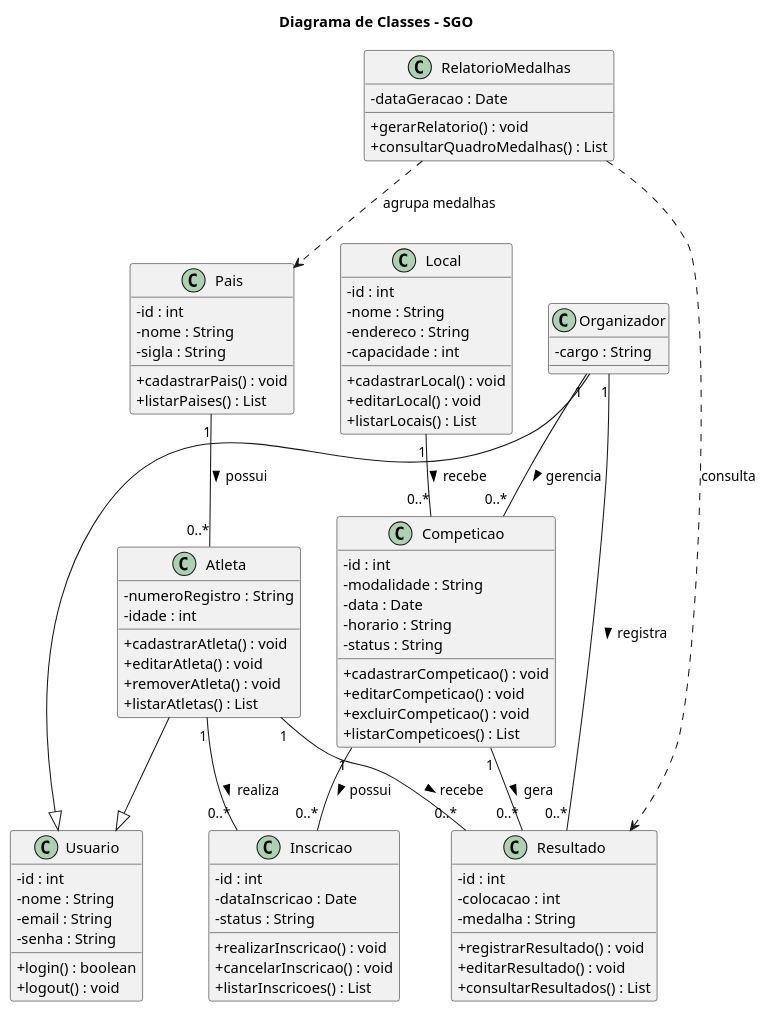
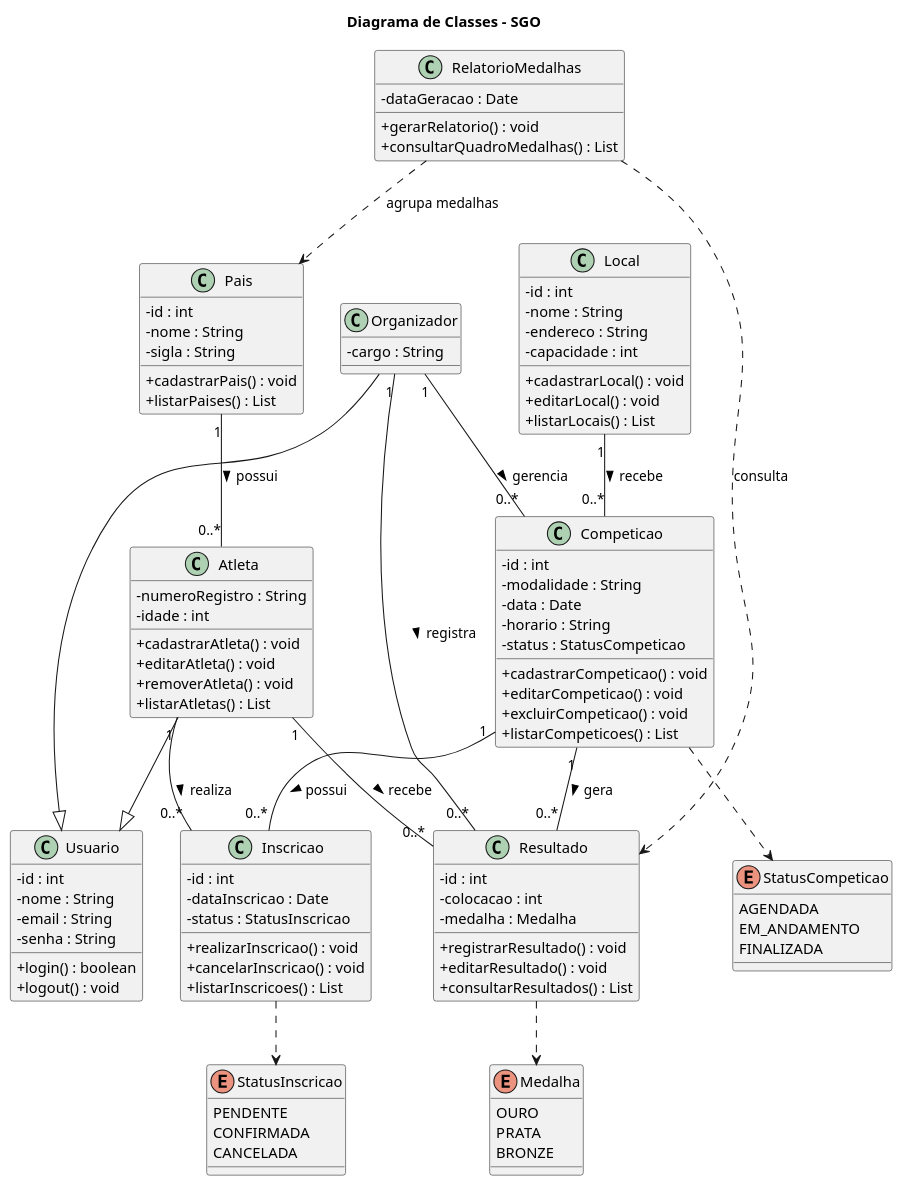
The diagram in diagramas/diagrama-classe.puml (eduardavieira-study/sgo-projeto-software), drawn with PlantUML before and after one commit. The commit also changed 1 other file, not shown here.

Commit message:
update class diagram with enums and relationships

```diff
--- a/diagramas/diagrama-classe.puml
+++ b/diagramas/diagrama-classe.puml
@@ -1,124 +1,154 @@
 @startuml
 
 skinparam classAttributeIconSize 0
 skinparam shadowing false
 
 title Diagrama de Classes - SGO
+
+' =====================================================
+' CLASSES
+' =====================================================
 
 class Usuario {
     - id : int
     - nome : String
     - email : String
     - senha : String
 
     + login() : boolean
     + logout() : void
 }
 
 class Organizador {
     - cargo : String
 }
 
 class Atleta {
     - numeroRegistro : String
     - idade : int
 
     + cadastrarAtleta() : void
     + editarAtleta() : void
     + removerAtleta() : void
     + listarAtletas() : List
-
 }
 
 class Pais {
     - id : int
     - nome : String
     - sigla : String
 
     + cadastrarPais() : void
     + listarPaises() : List
 }
 
 class Competicao {
     - id : int
     - modalidade : String
     - data : Date
     - horario : String
-    - status : String
+    - status : StatusCompeticao
 
     + cadastrarCompeticao() : void
     + editarCompeticao() : void
     + excluirCompeticao() : void
     + listarCompeticoes() : List
 }
 
 class Local {
     - id : int
     - nome : String
     - endereco : String
     - capacidade : int
 
     + cadastrarLocal() : void
     + editarLocal() : void
     + listarLocais() : List
-
 }
 
 class Inscricao {
     - id : int
     - dataInscricao : Date
-    - status : String
+    - status : StatusInscricao
 
     + realizarInscricao() : void
     + cancelarInscricao() : void
     + listarInscricoes() : List
 }
 
 class Resultado {
     - id : int
     - colocacao : int
-    - medalha : String
+    - medalha : Medalha
 
     + registrarResultado() : void
     + editarResultado() : void
     + consultarResultados() : List
 }
 
 class RelatorioMedalhas {
     - dataGeracao : Date
 
     + gerarRelatorio() : void
     + consultarQuadroMedalhas() : List
+}
+
+' =====================================================
+' ENUMS
+' =====================================================
+
+enum Medalha {
+    OURO
+    PRATA
+    BRONZE
+}
+
+enum StatusCompeticao {
+    AGENDADA
+    EM_ANDAMENTO
+    FINALIZADA
+}
+
+enum StatusInscricao {
+    PENDENTE
+    CONFIRMADA
+    CANCELADA
 }
 
 ' =====================================================
 ' HERANÇA
 ' =====================================================
 
 Organizador --|> Usuario
 Atleta --|> Usuario
 
 ' =====================================================
 ' RELACIONAMENTOS
 ' =====================================================
 
 Pais "1" -- "0..*" Atleta : possui >
 
 Local "1" -- "0..*" Competicao : recebe >
 
 Atleta "1" -- "0..*" Inscricao : realiza >
 Competicao "1" -- "0..*" Inscricao : possui >
 
 Atleta "1" -- "0..*" Resultado : recebe >
 
 Competicao "1" -- "0..*" Resultado : gera >
 
 RelatorioMedalhas ..> Resultado : consulta
-
 RelatorioMedalhas ..> Pais : agrupa medalhas
 
 Organizador "1" -- "0..*" Competicao : gerencia >
-
 Organizador "1" -- "0..*" Resultado : registra >
 
+' =====================================================
+' RELAÇÃO COM ENUM
+' =====================================================
+
+Competicao ..> StatusCompeticao
+Inscricao ..> StatusInscricao
+Resultado ..> Medalha
+
 @enduml
```
